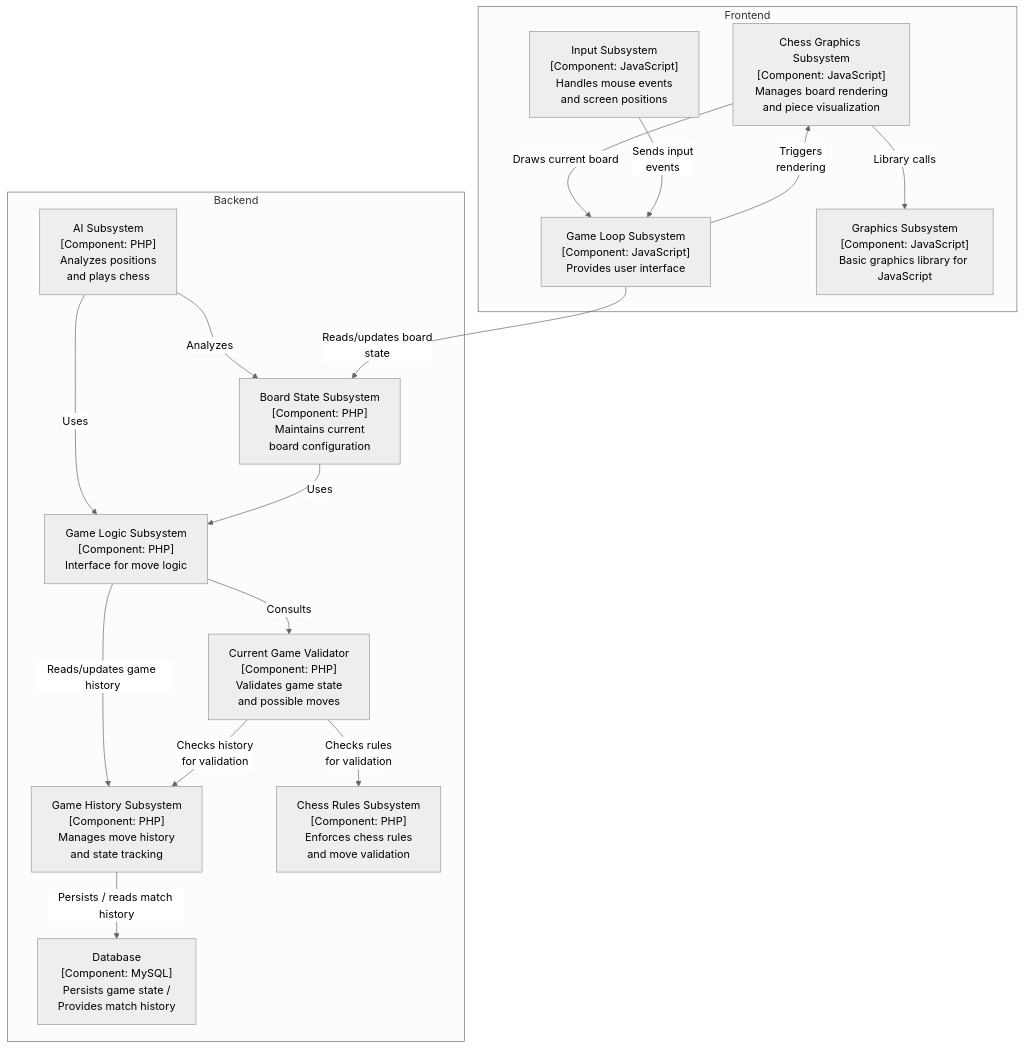
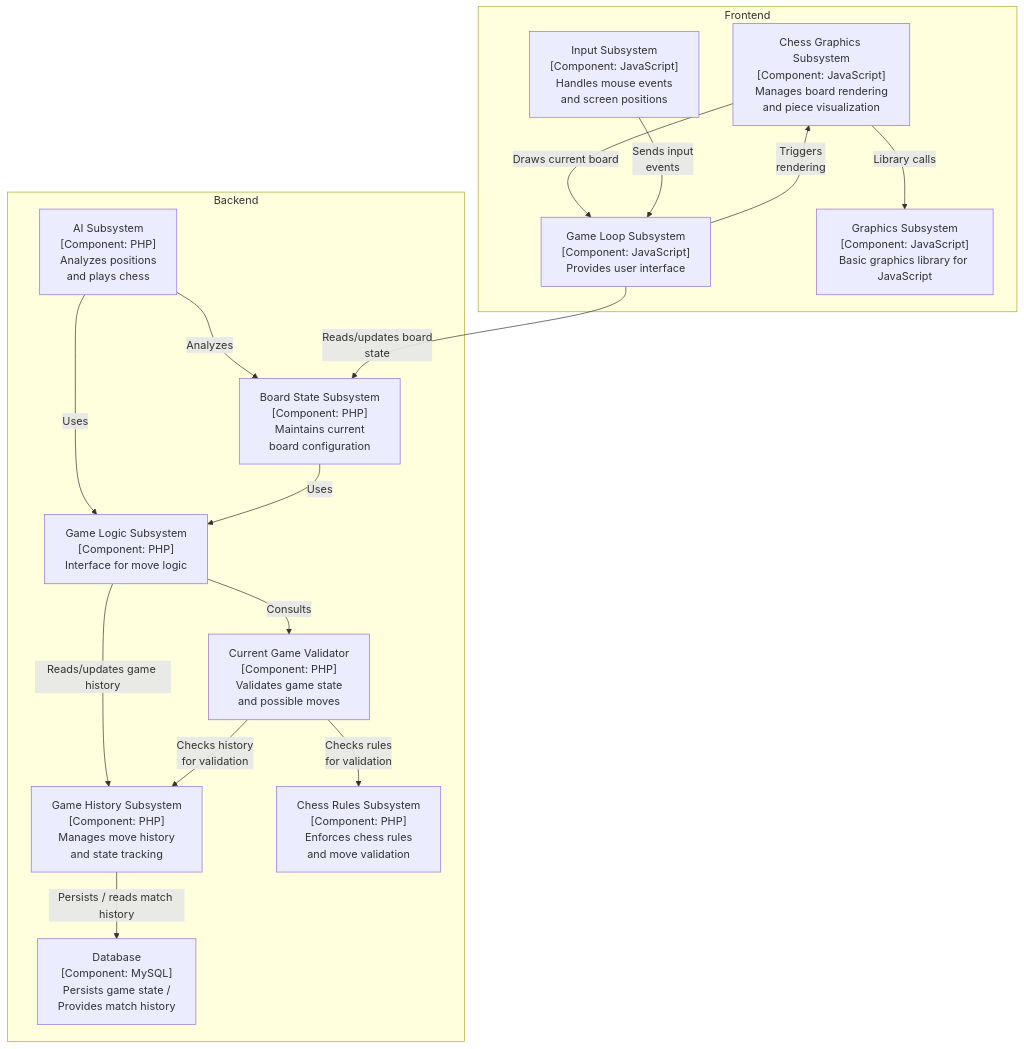
One commit to skyler544/chess-architecture changed the first of 2 diagrams in arc42/README.md. Above: the diagram before and after it, drawn with Mermaid. The commit also changed other lines of this file, not shown here.

````diff
--- a/arc42/README.md
+++ b/arc42/README.md
@@ -70,38 +187,34 @@
 ```mermaid
----
-config:
-    theme: neutral
----
    flowchart TB
    subgraph Frontend
        ChessGraphics["Chess Graphics Subsystem<br/>[Component: JavaScript]<br/>Manages board rendering<br/>and piece visualization"]
        GameLoop["Game Loop Subsystem<br/>[Component: JavaScript]<br/>Provides user interface"]
        Graphics["Graphics Subsystem<br/>[Component: JavaScript]<br/>Basic graphics library for JavaScript"]
        Input["Input Subsystem<br/>[Component: JavaScript]<br/>Handles mouse events<br/>and screen positions"]
    end
 
    subgraph Backend
        AI["AI Subsystem<br/>[Component: PHP]<br/>Analyzes positions<br/>and plays chess"]
        BoardState["Board State Subsystem<br/>[Component: PHP]<br/>Maintains current<br/>board configuration"]
        GameLogic["Game Logic Subsystem<br/>[Component: PHP]<br/>Interface for move logic"]
        GameValidator["Current Game Validator<br/>[Component: PHP]<br/>Validates game state<br/>and possible moves"]
        History["Game History Subsystem<br/>[Component: PHP]<br/>Manages move history<br/>and state tracking"]
        Persistence["Database<br/>[Component: MySQL]<br/>Persists game state /<br/>Provides match history"]
        Rules["Chess Rules Subsystem<br/>[Component: PHP]<br/>Enforces chess rules<br/>and move validation"]
    end
 
    %% Component Relationships
    AI -->|"Analyzes"| BoardState
    AI -->|"Uses"| GameLogic
    BoardState -->|"Uses<br/>"| GameLogic
    ChessGraphics -->|"Draws current board"| GameLoop
    ChessGraphics -->|"Library calls"| Graphics
    GameLogic -->|"Consults"| GameValidator
    GameLogic -->|"Reads/updates game history"| History
    GameLoop -->|"Reads/updates board<br/>state"| BoardState
    GameLoop -->|"Triggers<br/>rendering"| ChessGraphics
    GameValidator -->|"Checks history<br/> for validation"| History
    GameValidator -->|"Checks rules<br/> for validation"| Rules
    History -->|"Persists / reads match history"| Persistence
    Input -->|"Sends input<br/>events"| GameLoop
 ```
````
